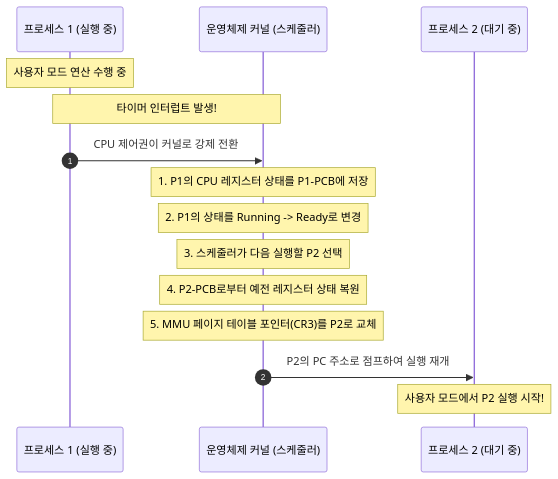
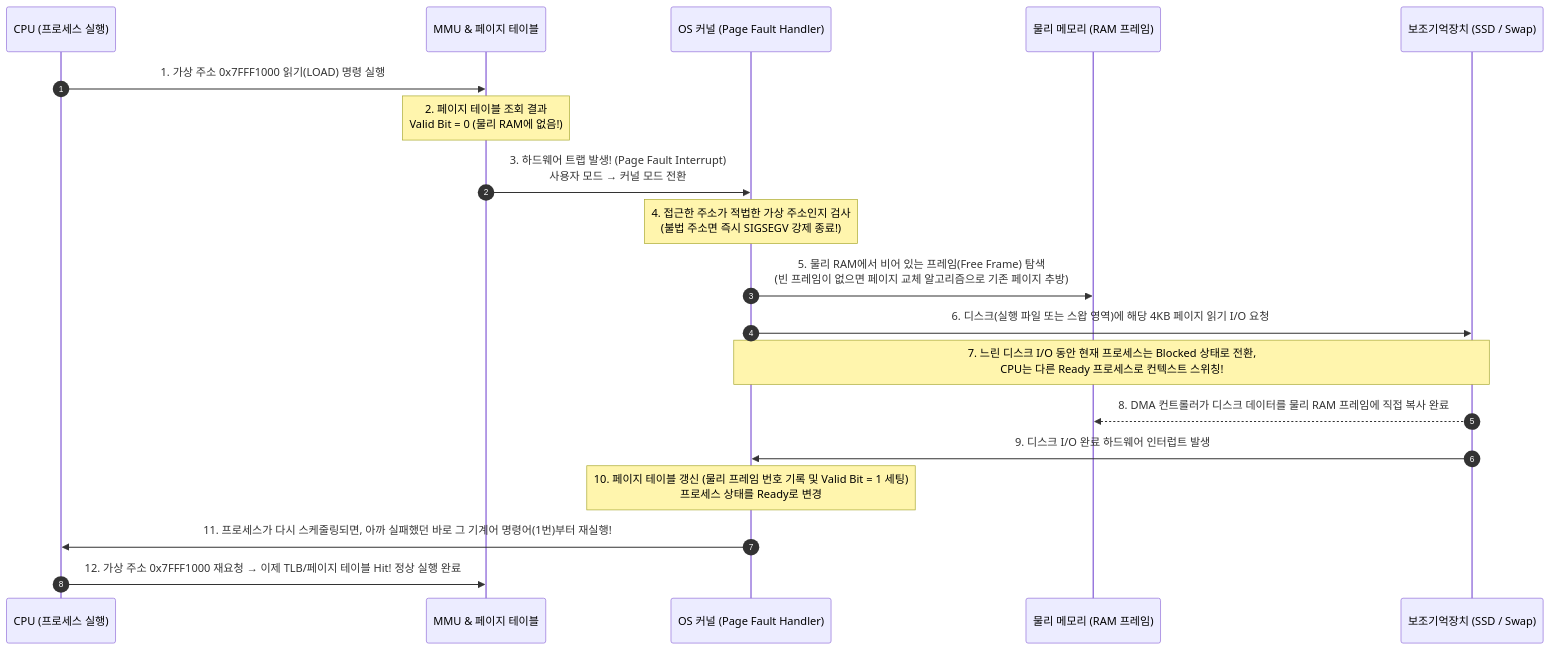
One commit to keimania/tech-notes changed the seventh of 13 diagrams in 06_컴퓨터_구조와_운영체제.md. Above: the diagram before and after it, drawn with Mermaid. The commit also changed other lines of this file and 12 other files, not shown here.

````diff
--- a/06_컴퓨터_구조와_운영체제.md
+++ b/06_컴퓨터_구조와_운영체제.md
@@ -489,18 +660,22 @@
 ```mermaid
 sequenceDiagram
     autonumber
-    participant P1 as 프로세스 1 (실행 중)
-    participant OS as 운영체제 커널 (스케줄러)
-    participant P2 as 프로세스 2 (대기 중)
+    participant CPU as CPU (프로세스 실행)
+    participant MMU as MMU & 페이지 테이블
+    participant OS as OS 커널 (Page Fault Handler)
+    participant RAM as 물리 메모리 (RAM 프레임)
+    participant SSD as 보조기억장치 (SSD / Swap)
 
-    Note over P1: 사용자 모드 연산 수행 중
-    Note over P1,OS: 타이머 인터럽트 발생!
-    P1->>OS: CPU 제어권이 커널로 강제 전환
-    Note over OS: 1. P1의 CPU 레지스터 상태를 P1-PCB에 저장
-    Note over OS: 2. P1의 상태를 Running -> Ready로 변경
-    Note over OS: 3. 스케줄러가 다음 실행할 P2 선택
-    Note over OS: 4. P2-PCB로부터 예전 레지스터 상태 복원
-    Note over OS: 5. MMU 페이지 테이블 포인터(CR3)를 P2로 교체
-    OS->>P2: P2의 PC 주소로 점프하여 실행 재개
-    Note over P2: 사용자 모드에서 P2 실행 시작!
+    CPU->>MMU: 1. 가상 주소 0x7FFF1000 읽기(LOAD) 명령 실행
+    Note over MMU: 2. 페이지 테이블 조회 결과<br>Valid Bit = 0 (물리 RAM에 없음!)
+    MMU->>OS: 3. 하드웨어 트랩 발생! (Page Fault Interrupt)<br>사용자 모드 → 커널 모드 전환
+    Note over OS: 4. 접근한 주소가 적법한 가상 주소인지 검사<br>(불법 주소면 즉시 SIGSEGV 강제 종료!)
+    OS->>RAM: 5. 물리 RAM에서 비어 있는 프레임(Free Frame) 탐색<br>(빈 프레임이 없으면 페이지 교체 알고리즘으로 기존 페이지 추방)
+    OS->>SSD: 6. 디스크(실행 파일 또는 스왑 영역)에 해당 4KB 페이지 읽기 I/O 요청
+    Note over OS,SSD: 7. 느린 디스크 I/O 동안 현재 프로세스는 Blocked 상태로 전환,<br>CPU는 다른 Ready 프로세스로 컨텍스트 스위칭!
+    SSD-->>RAM: 8. DMA 컨트롤러가 디스크 데이터를 물리 RAM 프레임에 직접 복사 완료
+    SSD->>OS: 9. 디스크 I/O 완료 하드웨어 인터럽트 발생
+    Note over OS: 10. 페이지 테이블 갱신 (물리 프레임 번호 기록 및 Valid Bit = 1 세팅)<br>프로세스 상태를 Ready로 변경
+    OS->>CPU: 11. 프로세스가 다시 스케줄링되면, 아까 실패했던 바로 그 기계어 명령어(1번)부터 재실행!
+    CPU->>MMU: 12. 가상 주소 0x7FFF1000 재요청 → 이제 TLB/페이지 테이블 Hit! 정상 실행 완료
 ```
````
